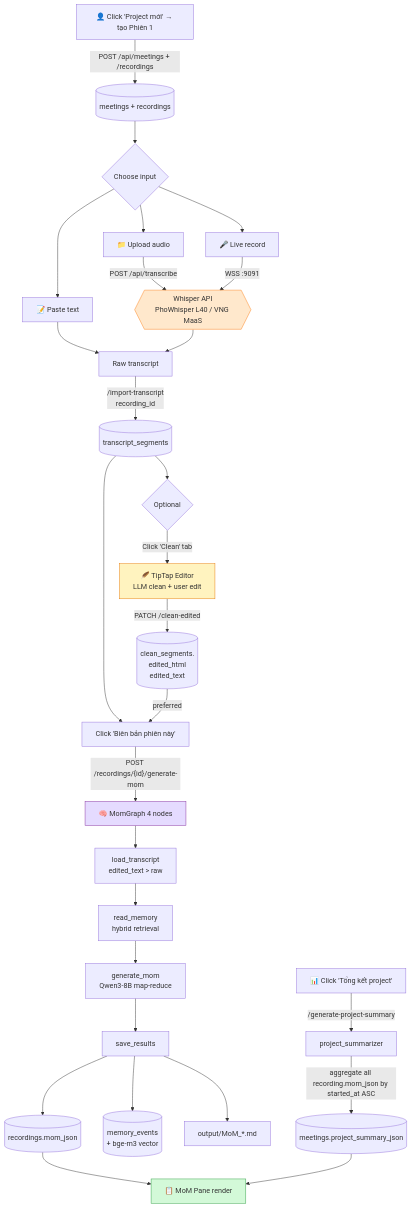
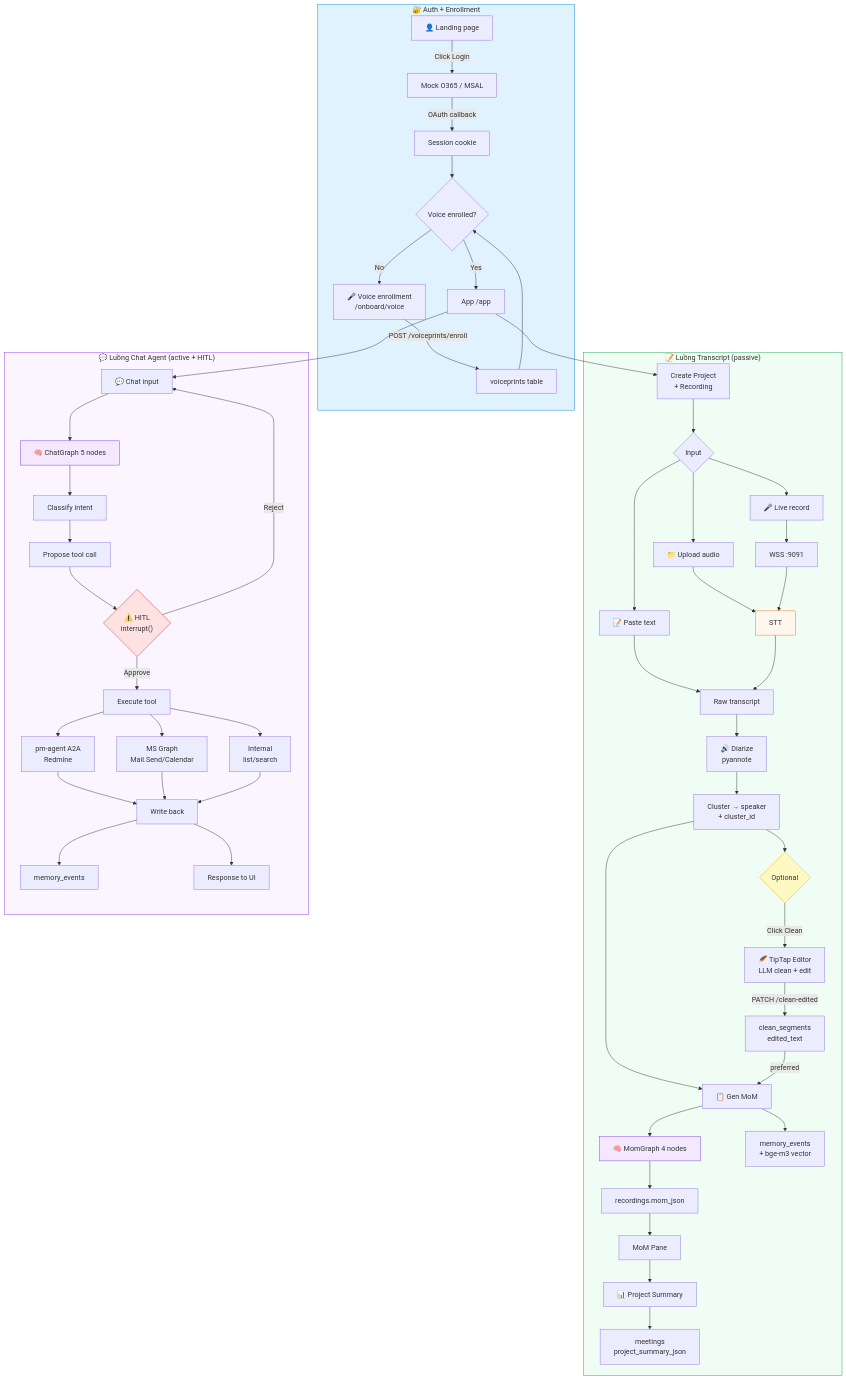
One commit to HatakekkSheeshh/mee-agent changed the first of 2 diagrams in README.md. Above: the diagram before and after it, drawn with Mermaid. The commit also changed other lines of this file and 198 other files, not shown here.

````diff
--- a/README.md
+++ b/README.md
@@ -30,43 +139,75 @@
 ```mermaid
-flowchart TD
-    A["👤 Click 'Project mới' → tạo Phiên 1"] -->|POST /api/meetings + /recordings| B[(meetings + recordings)]
-    B --> C{Choose input}
+flowchart TB
+    subgraph Auth["🔐 Auth + Enrollment"]
+        L["👤 Landing page"] -->|Click Login| MOCK[Mock O365 / MSAL]
+        MOCK -->|OAuth callback| S[Session cookie]
+        S --> VE{Voice enrolled?}
+        VE -->|No| ENR["🎤 Voice enrollment<br/>/onboard/voice"]
+        ENR -->|POST /voiceprints/enroll| VP[voiceprints table]
+        VP --> VE
+        VE -->|Yes| APP[App /app]
+    end
 
-    C --> D1[📝 Paste text]
-    C --> D2[📁 Upload audio]
-    C --> D3[🎤 Live record]
+    subgraph Flow1["📝 Luồng Transcript (passive)"]
+        APP --> F1A[Create Project<br/>+ Recording]
+        F1A --> F1B{Input}
+        F1B --> P1[📝 Paste text]
+        F1B --> U1[📁 Upload audio]
+        F1B --> R1[🎤 Live record]
+        
+        U1 --> STT[STT]
+        R1 --> WSS[WSS :9091]
+        WSS --> STT
+        P1 --> RAW[Raw transcript]
+        STT --> RAW
+        
+        RAW --> DIA[🔊 Diarize<br/>pyannote]
+        DIA --> CLS[Cluster → speaker<br/>+ cluster_id]
+        
+        CLS --> CLN{Optional}
+        CLN -->|Click Clean| CL[🪶 TipTap Editor<br/>LLM clean + edit]
+        CL -->|PATCH /clean-edited| CLSeg[clean_segments<br/>edited_text]
+        
+        CLS --> MOM[📋 Gen MoM]
+        CLSeg -->|preferred| MOM
+        MOM --> MGraph[🧠 MomGraph 4 nodes]
+        MGraph --> MOMJson[recordings.mom_json]
+        MOMJson --> UI1[MoM Pane]
+        
+        MOM --> MEM[memory_events<br/>+ bge-m3 vector]
+        
+        UI1 --> PS[📊 Project Summary]
+        PS --> PSSum[meetings<br/>project_summary_json]
+    end
 
-    D2 -->|POST /api/transcribe| W{{Whisper API<br/>PhoWhisper L40 / VNG MaaS}}
-    D3 -->|WSS :9091| W
+    subgraph Flow2["💬 Luồng Chat Agent (active + HITL)"]
+        APP --> C1[💬 Chat input]
+        C1 --> CG[🧠 ChatGraph 5 nodes]
+        
+        CG --> C2[Classify intent]
+        C2 --> C3[Propose tool call]
+        C3 --> HITL{"⚠️ HITL<br/>interrupt()"}
+        
+        HITL -->|Approve| EX[Execute tool]
+        HITL -->|Reject| C1
+        
+        EX --> T1[pm-agent A2A<br/>Redmine]
+        EX --> T2[MS Graph<br/>Mail.Send/Calendar]
+        EX --> T3[Internal<br/>list/search]
+        
+        T1 --> WB[Write back]
+        T2 --> WB
+        T3 --> WB
+        WB --> MEM2[memory_events]
+        WB --> C4[Response to UI]
+    end
 
-    D1 --> T[Raw transcript]
-    W --> T
-    T -->|/import-transcript<br/>recording_id| RS[(transcript_segments)]
-
-    RS --> CE{Optional}
-    CE -->|Click 'Clean' tab| TT[🪶 TipTap Editor<br/>LLM clean + user edit]
-    TT -->|PATCH /clean-edited| EDT[(clean_segments.<br/>edited_html<br/>edited_text)]
-
-    RS --> GM
-    EDT -->|preferred| GM[Click 'Biên bản phiên này']
-
-    GM -->|"POST /recordings/{id}/generate-mom"| LG[🧠 MomGraph 4 nodes]
-    LG --> N1[load_transcript<br/>edited_text > raw]
-    N1 --> N2[read_memory<br/>hybrid retrieval]
-    N2 --> N3[generate_mom<br/>Qwen3-8B map-reduce]
-    N3 --> N4[save_results]
-    N4 --> O1[(recordings.mom_json)]
-    N4 --> O2[(memory_events<br/>+ bge-m3 vector)]
-    N4 --> O3[output/MoM_*.md]
-
-    O1 --> UI[📋 MoM Pane render]
-
-    PS["📊 Click 'Tổng kết project'"] -->|/generate-project-summary| PSG[project_summarizer]
-    PSG -->|aggregate all recording.mom_json by started_at ASC| PS2[(meetings.project_summary_json)]
-    PS2 --> UI
-
-    style W fill:#ffe8cc,stroke:#fd7e14
-    style LG fill:#e5dbff,stroke:#862e9c
-    style TT fill:#fff3bf,stroke:#e67700
-    style UI fill:#d3f9d8,stroke:#2f9e44
+    style Auth fill:#e0f2fe,stroke:#0284c7
+    style Flow1 fill:#f0fdf4,stroke:#16a34a
+    style Flow2 fill:#faf5ff,stroke:#9333ea
+    style STT fill:#fff7ed,stroke:#f97316
+    style CLN fill:#fef9c3,stroke:#eab308
+    style MGraph fill:#f3e8ff,stroke:#7c3aed
+    style CG fill:#f3e8ff,stroke:#7c3aed
+    style HITL fill:#fee2e2,stroke:#dc2626
 ```
````
